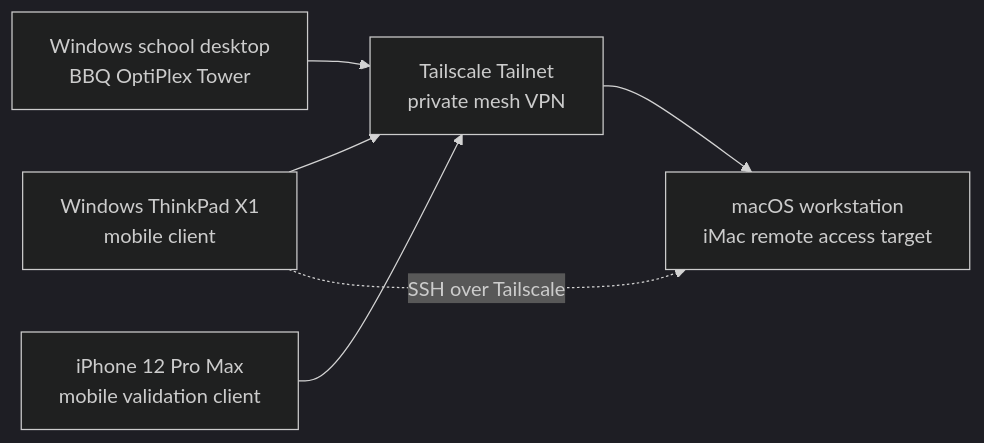
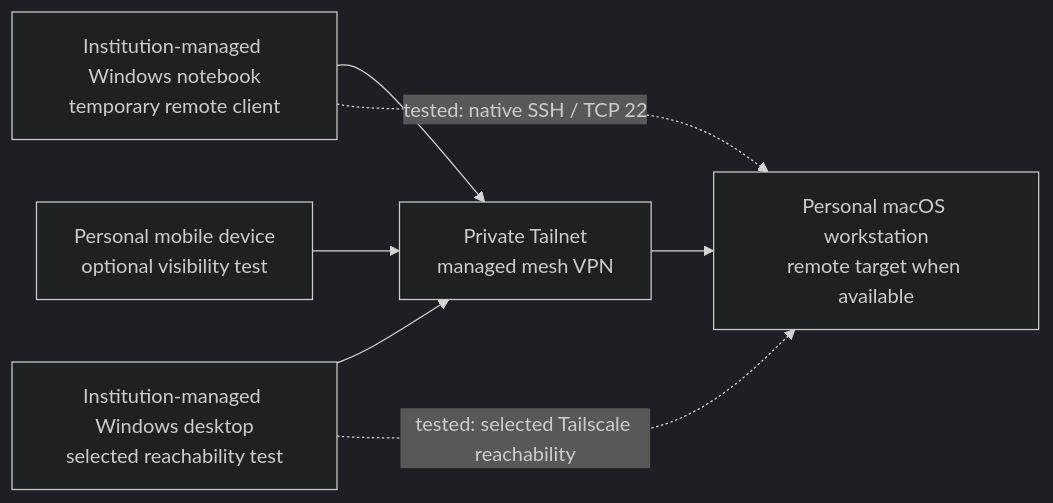
The diagram in docs/architecture.md (DataTideHH/remote-access-network-lab), drawn with Mermaid (dark theme) before and after one commit. The commit also changed other lines of this file and 15 other files, not shown here.

````diff
--- a/docs/architecture.md
+++ b/docs/architecture.md
@@ -13,8 +15,16 @@
 ```mermaid
 flowchart LR
-  TP["Windows ThinkPad X1<br/>mobile client"] --> TS["Tailscale Tailnet<br/>private mesh VPN"]
-  OP["Windows school desktop<br/>BBQ OptiPlex Tower"] --> TS
-  IP["iPhone 12 Pro Max<br/>mobile validation client"] --> TS
-  TS --> IM["macOS workstation<br/>iMac remote access target"]
-  TP -. "SSH over Tailscale" .-> IM
+  MW["Institution-managed Windows notebook<br/>temporary remote client"]
+  WD["Institution-managed Windows desktop<br/>selected reachability test"]
+  IP["Personal mobile device<br/>optional visibility test"]
+  TS["Private Tailnet<br/>managed mesh VPN"]
+  IM["Personal macOS workstation<br/>remote target when available"]
+
+  MW --> TS
+  WD --> TS
+  IP --> TS
+  TS --> IM
+
+  MW -. "tested: native SSH / TCP 22" .-> IM
+  WD -. "tested: selected Tailscale reachability" .-> IM
 ```
````
